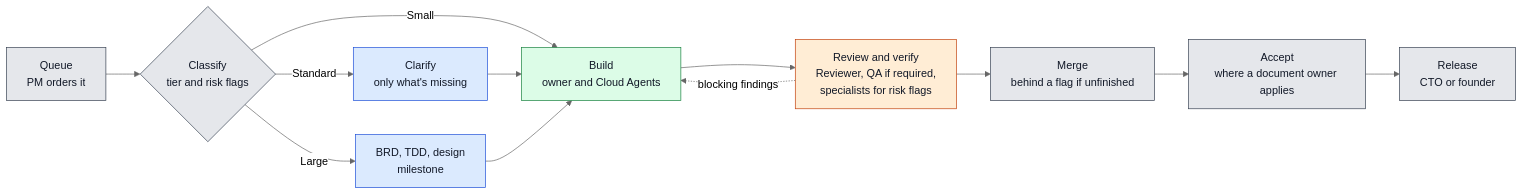
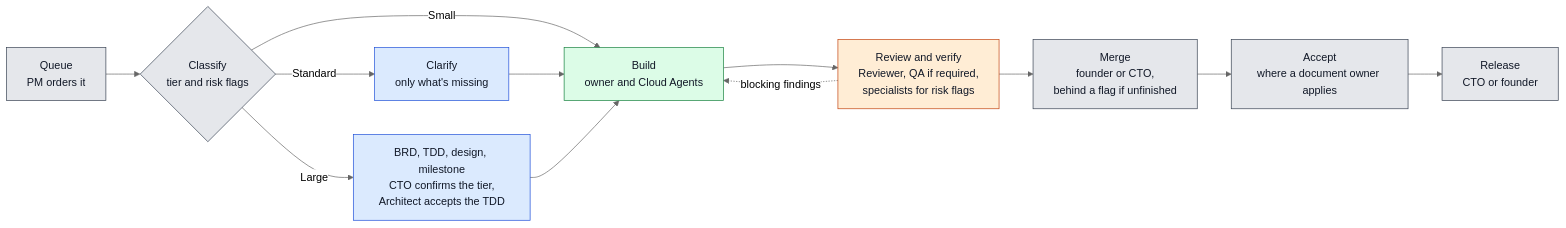
The second of 3 diagrams in README.md (sheepnir/GrokBot_DevFlow), drawn with Mermaid (neutral theme) before and after one commit. The commit also changed other lines of this file and 10 other files, not shown here.

````diff
--- a/README.md
+++ b/README.md
@@ -170,22 +171,22 @@
 ```mermaid
 flowchart LR
     Q["Queue<br>PM orders it"] --> C{"Classify<br>tier and risk flags"}
     C -->|Small| B["Build<br>owner and Cloud Agents"]
     C -->|Standard| D["Clarify<br>only what's missing"]
-    C -->|Large| L["BRD, TDD, design<br>milestone"]
+    C -->|Large| L["BRD, TDD, design, milestone<br>CTO confirms the tier,<br>Architect accepts the TDD"]
     D --> B
     L --> B
     B --> R["Review and verify<br>Reviewer, QA if required,<br>specialists for risk flags"]
     R -. blocking findings .-> B
-    R --> M["Merge<br>behind a flag if unfinished"]
+    R --> M["Merge<br>founder or CTO,<br>behind a flag if unfinished"]
     M --> A["Accept<br>where a document owner applies"]
     A --> REL["Release<br>CTO or founder"]
     classDef bots fill:#e5e7eb,stroke:#374151,color:#111827
     classDef frontier fill:#dbeafe,stroke:#1d4ed8,color:#111827
     classDef cursor fill:#dcfce7,stroke:#15803d,color:#111827
     classDef checks fill:#ffedd5,stroke:#c2410c,color:#111827
     class Q,C,M,A,REL bots
     class D,L frontier
     class B cursor
     class R checks
 ```
````
